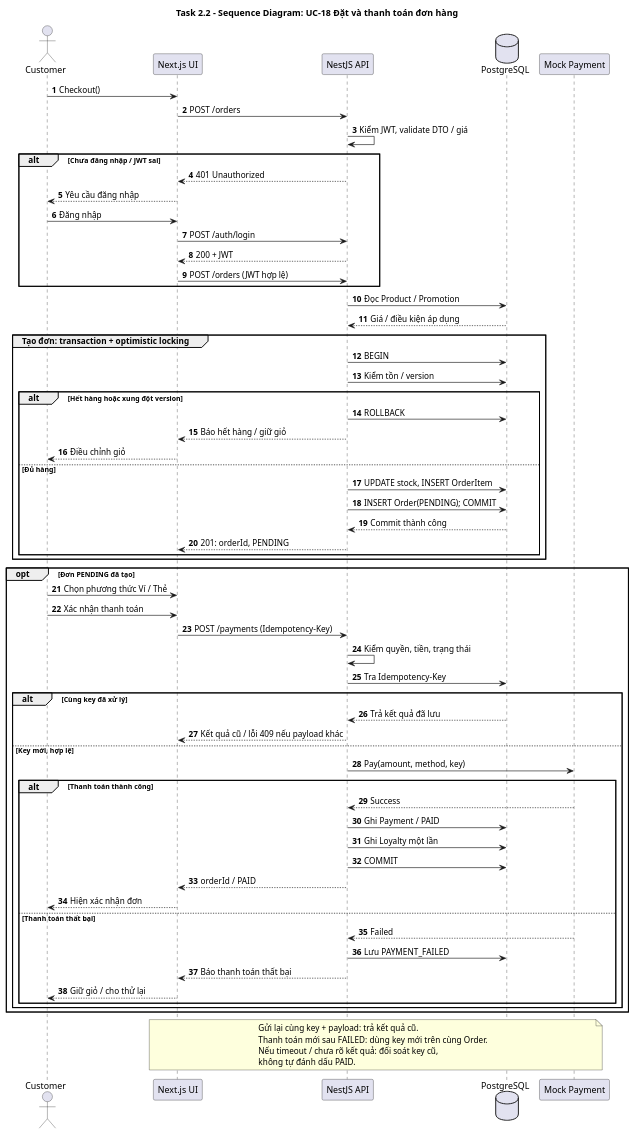
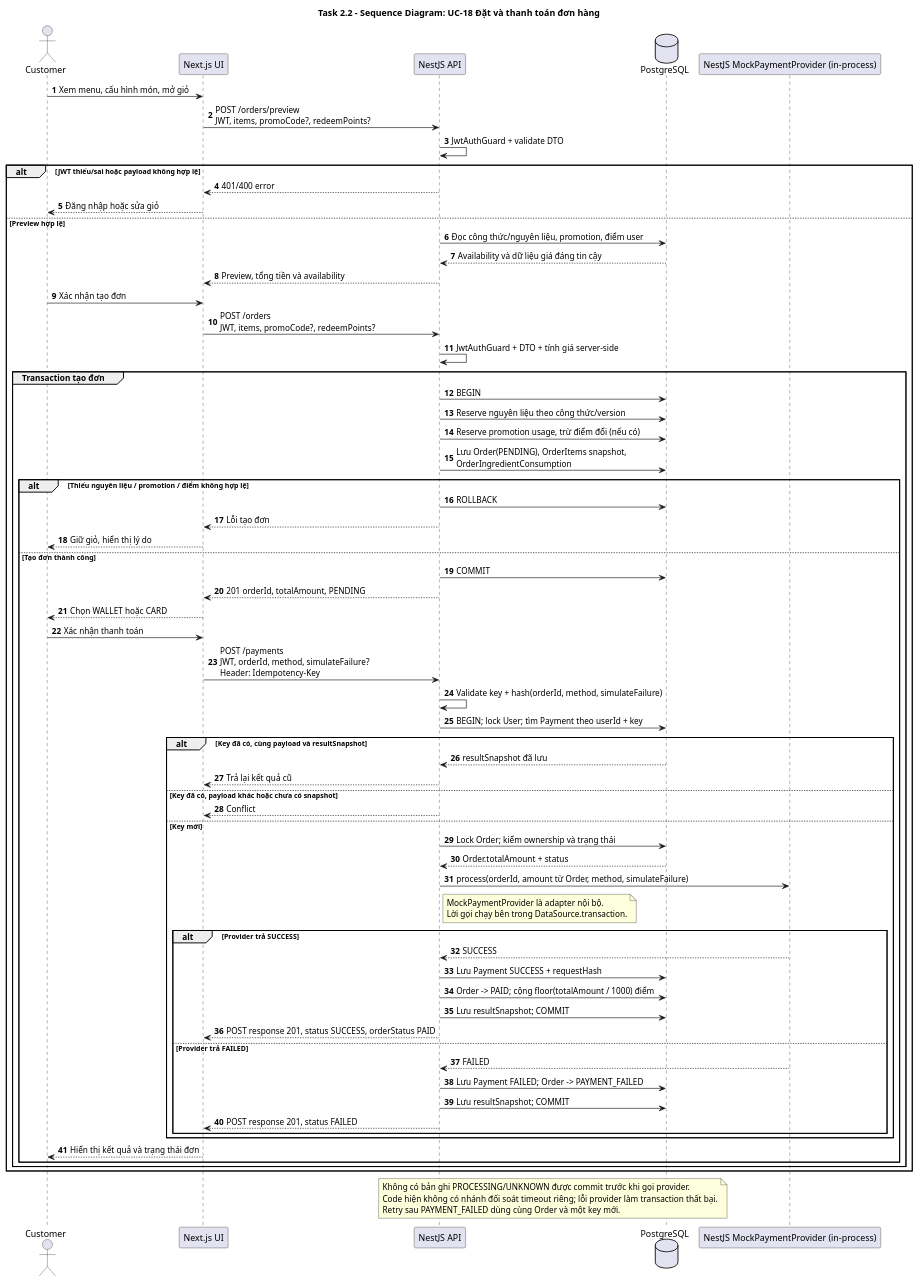
The diagram in docs/diagrams/sequence.puml (quang-vu2808/brewlite-assignment2), drawn with PlantUML before and after one commit. The commit also changed 70 other files, not shown here.

```diff
--- a/docs/diagrams/sequence.puml
+++ b/docs/diagrams/sequence.puml
@@ -1,68 +1,75 @@
 @startuml
 title Task 2.2 - Sequence Diagram: UC-18 Đặt và thanh toán đơn hàng
 autonumber
 actor Customer
 participant "Next.js UI" as UI
 participant "NestJS API" as API
 database PostgreSQL as DB
-participant "Mock Payment" as Pay
-Customer -> UI: Checkout()
-UI -> API: POST /orders
-API -> API: Kiểm JWT, validate DTO / giá
-alt Chưa đăng nhập / JWT sai
-  API --> UI: 401 Unauthorized
-  UI --> Customer: Yêu cầu đăng nhập
-  Customer -> UI: Đăng nhập
-  UI -> API: POST /auth/login
-  API --> UI: 200 + JWT
-  UI -> API: POST /orders (JWT hợp lệ)
-end
-API -> DB: Đọc Product / Promotion
-DB --> API: Giá / điều kiện áp dụng
-group Tạo đơn: transaction + optimistic locking
-  API -> DB: BEGIN
-  API -> DB: Kiểm tồn / version
-  alt Hết hàng hoặc xung đột version
-    API -> DB: ROLLBACK
-    API --> UI: Báo hết hàng / giữ giỏ
-    UI --> Customer: Điều chỉnh giỏ
-  else Đủ hàng
-    API -> DB: UPDATE stock, INSERT OrderItem
-    API -> DB: INSERT Order(PENDING); COMMIT
-    DB --> API: Commit thành công
-    API --> UI: 201: orderId, PENDING
-  end
-end
-opt Đơn PENDING đã tạo
-  Customer -> UI: Chọn phương thức Ví / Thẻ
-  Customer -> UI: Xác nhận thanh toán
-  UI -> API: POST /payments (Idempotency-Key)
-  API -> API: Kiểm quyền, tiền, trạng thái
-  API -> DB: Tra Idempotency-Key
-  alt Cùng key đã xử lý
-    DB --> API: Trả kết quả đã lưu
-    API --> UI: Kết quả cũ / lỗi 409 nếu payload khác
-  else Key mới, hợp lệ
-    API -> Pay: Pay(amount, method, key)
-    alt Thanh toán thành công
-      Pay --> API: Success
-      API -> DB: Ghi Payment / PAID
-      API -> DB: Ghi Loyalty một lần
+participant "NestJS MockPaymentProvider (in-process)" as Pay
+
+Customer -> UI: Xem menu, cấu hình món, mở giỏ
+UI -> API: POST /orders/preview\nJWT, items, promoCode?, redeemPoints?
+API -> API: JwtAuthGuard + validate DTO
+alt JWT thiếu/sai hoặc payload không hợp lệ
+  API --> UI: 401/400 error
+  UI --> Customer: Đăng nhập hoặc sửa giỏ
+else Preview hợp lệ
+  API -> DB: Đọc công thức/nguyên liệu, promotion, điểm user
+  DB --> API: Availability và dữ liệu giá đáng tin cậy
+  API --> UI: Preview, tổng tiền và availability
+  Customer -> UI: Xác nhận tạo đơn
+  UI -> API: POST /orders\nJWT, items, promoCode?, redeemPoints?
+  API -> API: JwtAuthGuard + DTO + tính giá server-side
+  group Transaction tạo đơn
+    API -> DB: BEGIN
+    API -> DB: Reserve nguyên liệu theo công thức/version
+    API -> DB: Reserve promotion usage, trừ điểm đổi (nếu có)
+    API -> DB: Lưu Order(PENDING), OrderItems snapshot,\nOrderIngredientConsumption
+    alt Thiếu nguyên liệu / promotion / điểm không hợp lệ
+      API -> DB: ROLLBACK
+      API --> UI: Lỗi tạo đơn
+      UI --> Customer: Giữ giỏ, hiển thị lý do
+    else Tạo đơn thành công
       API -> DB: COMMIT
-      API --> UI: orderId / PAID
-      UI --> Customer: Hiện xác nhận đơn
-    else Thanh toán thất bại
-      Pay --> API: Failed
-      API -> DB: Lưu PAYMENT_FAILED
-      API --> UI: Báo thanh toán thất bại
-      UI --> Customer: Giữ giỏ / cho thử lại
+      API --> UI: 201 orderId, totalAmount, PENDING
+      UI --> Customer: Chọn WALLET hoặc CARD
+      Customer -> UI: Xác nhận thanh toán
+      UI -> API: POST /payments\nJWT, orderId, method, simulateFailure?\nHeader: Idempotency-Key
+      API -> API: Validate key + hash(orderId, method, simulateFailure)
+      API -> DB: BEGIN; lock User; tìm Payment theo userId + key
+      alt Key đã có, cùng payload và resultSnapshot
+        DB --> API: resultSnapshot đã lưu
+        API --> UI: Trả lại kết quả cũ
+      else Key đã có, payload khác hoặc chưa có snapshot
+        API --> UI: Conflict
+      else Key mới
+        API -> DB: Lock Order; kiểm ownership và trạng thái
+        DB --> API: Order.totalAmount + status
+        API -> Pay: process(orderId, amount từ Order, method, simulateFailure)
+        note right of API
+          MockPaymentProvider là adapter nội bộ.
+          Lời gọi chạy bên trong DataSource.transaction.
+        end note
+        alt Provider trả SUCCESS
+          Pay --> API: SUCCESS
+          API -> DB: Lưu Payment SUCCESS + requestHash
+          API -> DB: Order -> PAID; cộng floor(totalAmount / 1000) điểm
+          API -> DB: Lưu resultSnapshot; COMMIT
+          API --> UI: POST response 201, status SUCCESS, orderStatus PAID
+        else Provider trả FAILED
+          Pay --> API: FAILED
+          API -> DB: Lưu Payment FAILED; Order -> PAYMENT_FAILED
+          API -> DB: Lưu resultSnapshot; COMMIT
+          API --> UI: POST response 201, status FAILED
+        end
+      end
+      UI --> Customer: Hiển thị kết quả và trạng thái đơn
     end
   end
 end
-note over UI,Pay
-  Gửi lại cùng key + payload: trả kết quả cũ.
-  Thanh toán mới sau FAILED: dùng key mới trên cùng Order.
-  Nếu timeout / chưa rõ kết quả: đối soát key cũ,
-  không tự đánh dấu PAID.
+note over API,DB
+Không có bản ghi PROCESSING/UNKNOWN được commit trước khi gọi provider.
+Code hiện không có nhánh đối soát timeout riêng; lỗi provider làm transaction thất bại.
+Retry sau PAYMENT_FAILED dùng cùng Order và một key mới.
 end note
 @enduml
```
